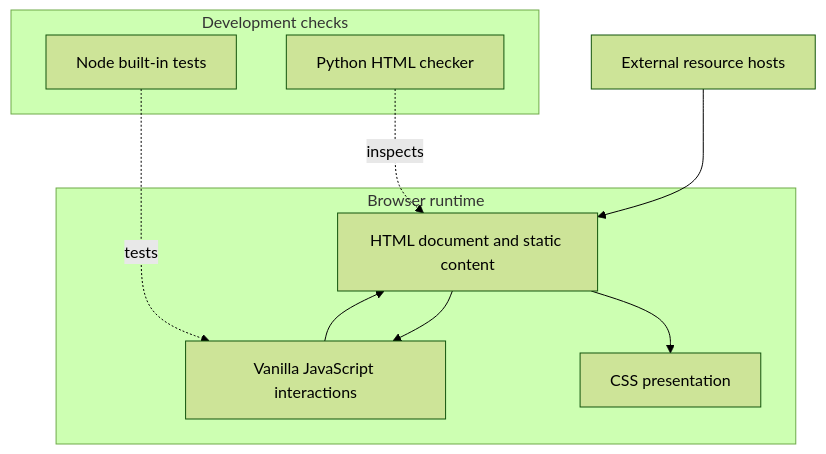
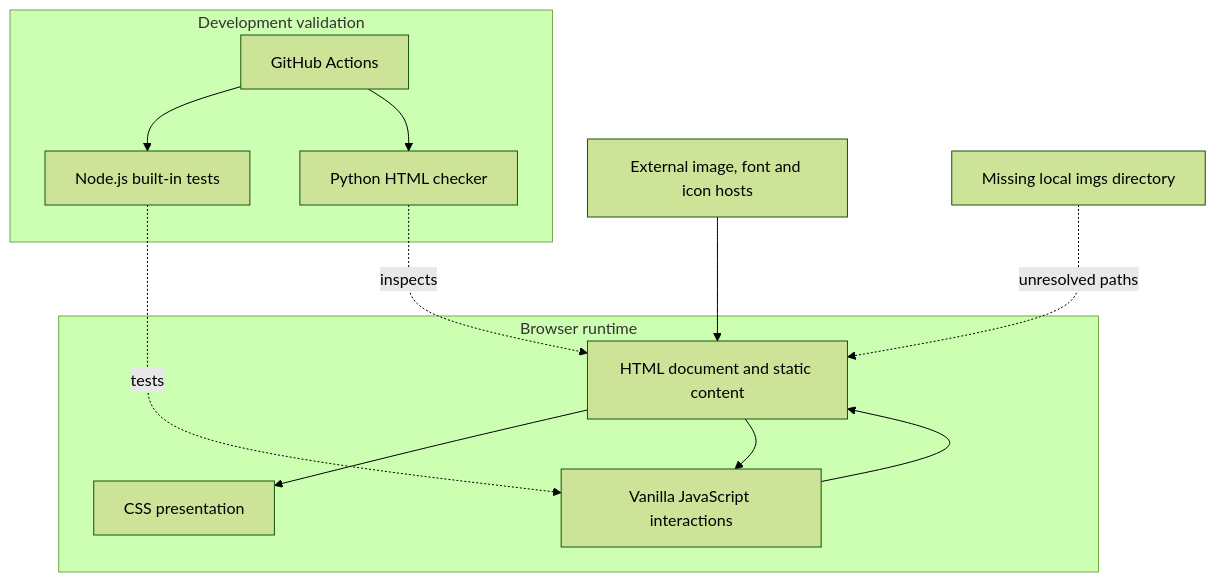
One commit to Brajesh31/Amazon_Clone changed the diagram in docs/system-design.md. Above: the diagram before and after it, drawn with Mermaid (forest theme). The commit also changed other lines of this file, not shown here.

````diff
--- a/docs/system-design.md
+++ b/docs/system-design.md
@@ -9,18 +9,22 @@
 ```mermaid
 flowchart TB
-    subgraph Browser["Browser runtime"]
+    subgraph Runtime[Browser runtime]
       DOM[HTML document and static content]
       CSS[CSS presentation]
       JS[Vanilla JavaScript interactions]
       DOM --> CSS
       DOM --> JS
       JS --> DOM
     end
-    subgraph Checks["Development checks"]
-      TEST[Node built-in tests]
-      VALIDATOR[Python HTML checker]
+    subgraph Dev[Development validation]
+      TEST[Node.js built-in tests]
+      CHECK[Python HTML checker]
+      CI[GitHub Actions]
     end
     TEST -. tests .-> JS
-    VALIDATOR -. inspects .-> DOM
-    EXT[External resource hosts] --> DOM
+    CHECK -. inspects .-> DOM
+    CI --> TEST
+    CI --> CHECK
+    EXT[External image, font and icon hosts] --> DOM
+    MISSING[Missing local imgs directory] -. unresolved paths .-> DOM
 ```
````
